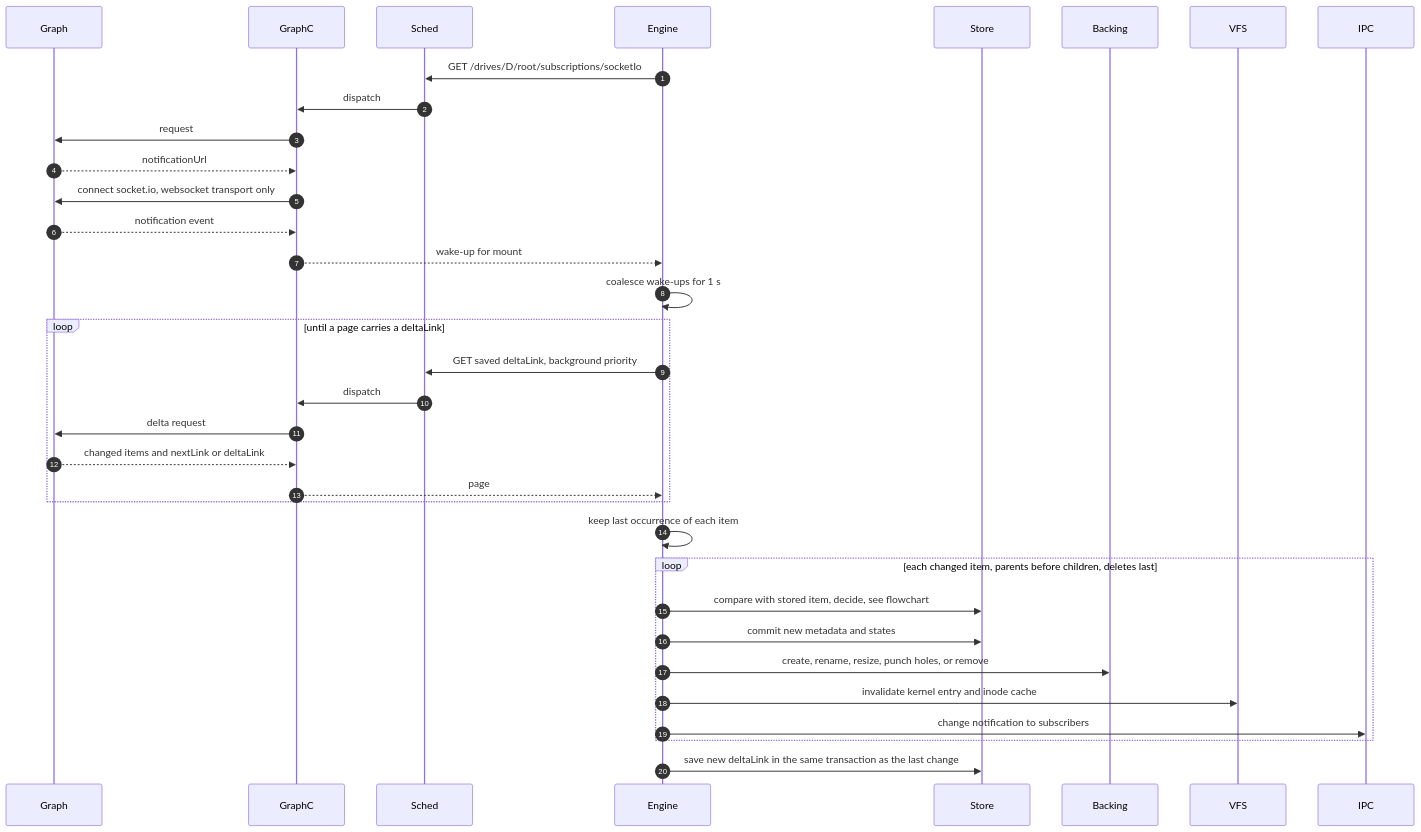
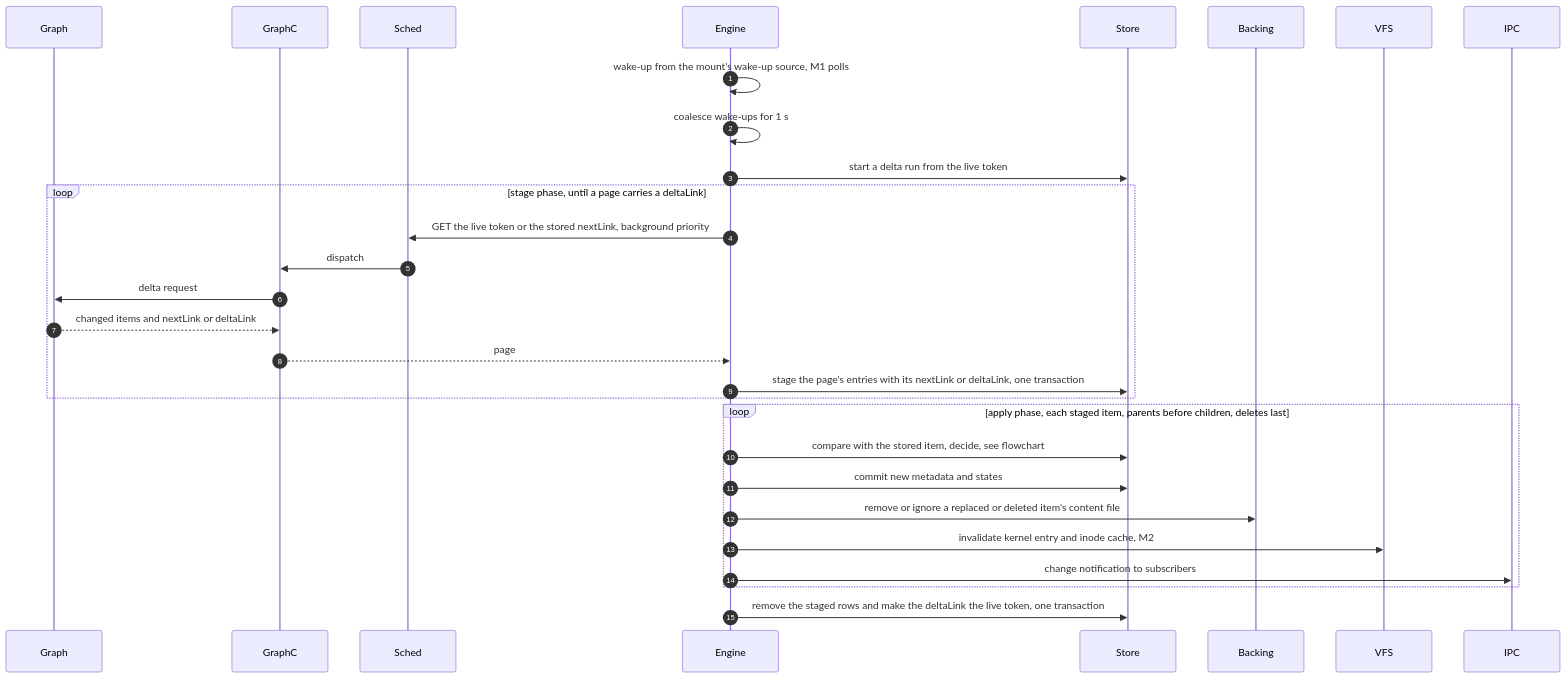
Before and after one commit to paulpitchford/my-drive: the first of 2 diagrams in docs/flows/F05-remote-change.md, drawn with Mermaid. The commit also changed other lines of this file and 19 other files, not shown here.

First line of the commit message:
docs(flows): amend flows and journeys for the M1 decisions

````diff
--- a/docs/flows/F05-remote-change.md
+++ b/docs/flows/F05-remote-change.md
@@ -15,37 +16,32 @@
 ```mermaid
 sequenceDiagram
     autonumber
     participant Graph
     participant GraphC
     participant Sched
     participant Engine
     participant Store
     participant Backing
     participant VFS
     participant IPC
 
-    Engine->>Sched: GET /drives/D/root/subscriptions/socketIo
-    Sched->>GraphC: dispatch
-    GraphC->>Graph: request
-    Graph-->>GraphC: notificationUrl
-    GraphC->>Graph: connect socket.io, websocket transport only
-    Graph-->>GraphC: notification event
-    GraphC-->>Engine: wake-up for mount
+    Engine->>Engine: wake-up from the mount's wake-up source, M1 polls
     Engine->>Engine: coalesce wake-ups for 1 s
-    loop until a page carries a deltaLink
-        Engine->>Sched: GET saved deltaLink, background priority
+    Engine->>Store: start a delta run from the live token
+    loop stage phase, until a page carries a deltaLink
+        Engine->>Sched: GET the live token or the stored nextLink, background priority
         Sched->>GraphC: dispatch
         GraphC->>Graph: delta request
         Graph-->>GraphC: changed items and nextLink or deltaLink
         GraphC-->>Engine: page
+        Engine->>Store: stage the page's entries with its nextLink or deltaLink, one transaction
     end
-    Engine->>Engine: keep last occurrence of each item
-    loop each changed item, parents before children, deletes last
-        Engine->>Store: compare with stored item, decide, see flowchart
+    loop apply phase, each staged item, parents before children, deletes last
+        Engine->>Store: compare with the stored item, decide, see flowchart
         Engine->>Store: commit new metadata and states
-        Engine->>Backing: create, rename, resize, punch holes, or remove
-        Engine->>VFS: invalidate kernel entry and inode cache
+        Engine->>Backing: remove or ignore a replaced or deleted item's content file
+        Engine->>VFS: invalidate kernel entry and inode cache, M2
         Engine->>IPC: change notification to subscribers
     end
-    Engine->>Store: save new deltaLink in the same transaction as the last change
+    Engine->>Store: remove the staged rows and make the deltaLink the live token, one transaction
 ```
````
